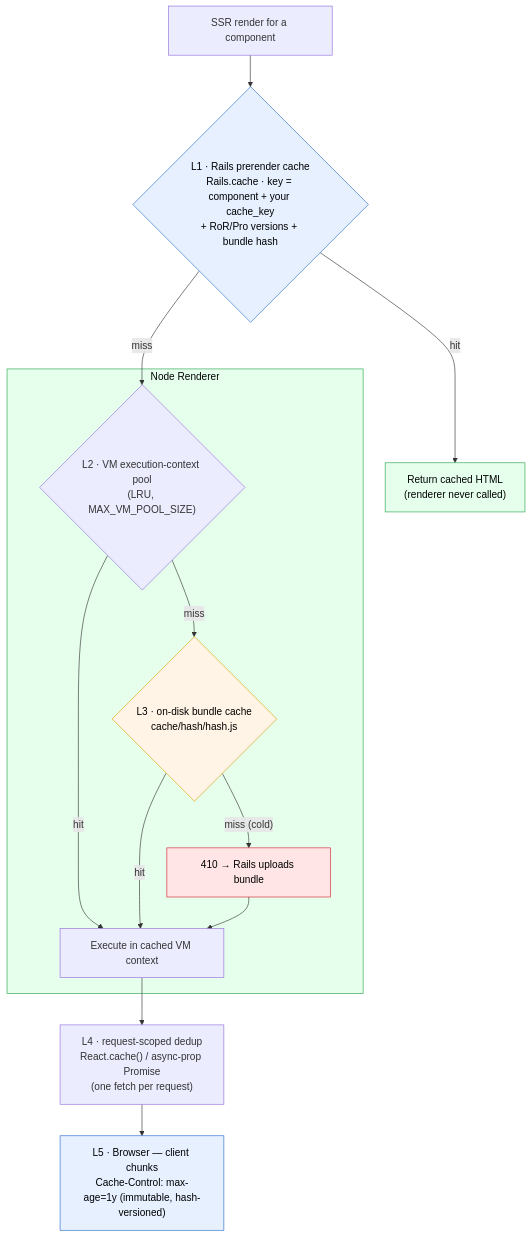
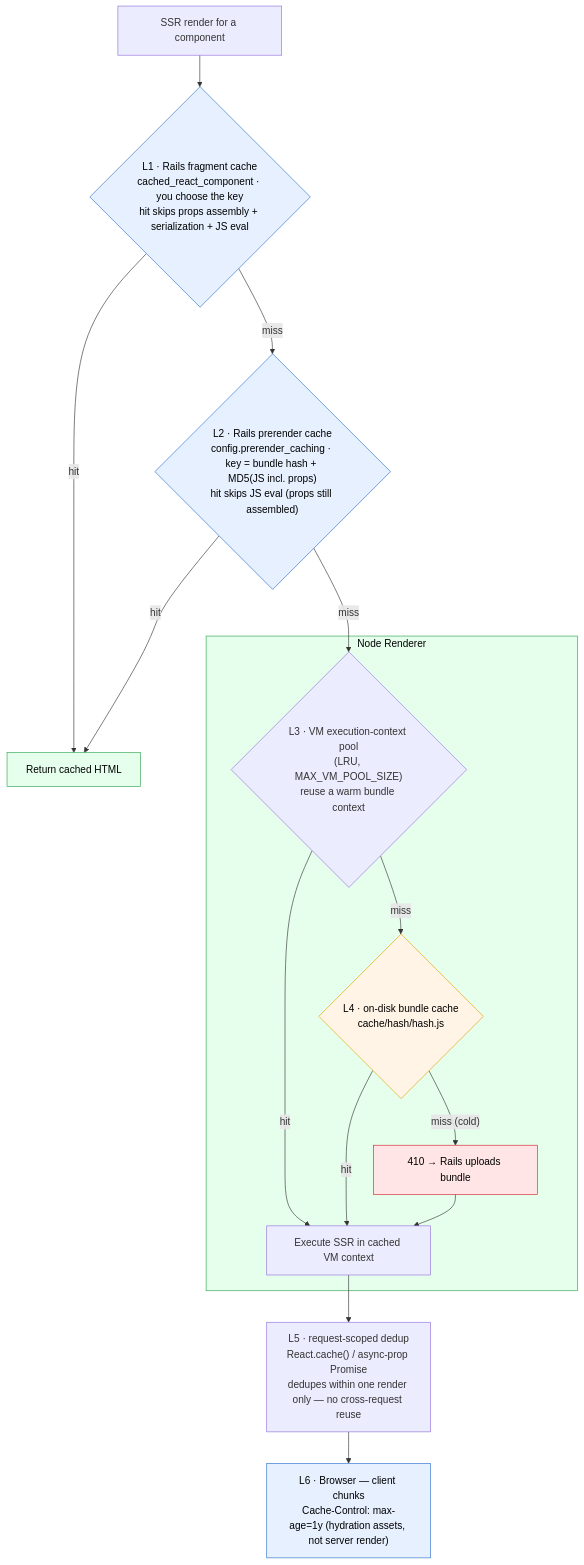
The third of 5 diagrams in docs/pro/node-renderer.md (shakacode/react_on_rails), drawn with Mermaid before and after one commit. The commit also changed other lines of this file and 1 other file, not shown here.

Commit message:
docs: refine caching + async-props diagrams (review follow-up)
Address review feedback on the diagrams added in this branch:

- Caching diagram: distinguish the two Rails-side caches instead of conflating
  them. Fragment cache (cached_react_component) skips props assembly +
  serialization + JS eval; prerender cache (config.prerender_caching) skips only
  JS eval, since props are still assembled. Matches
  docs/oss/building-features/caching.md.
- Async-props diagram: name getReactOnRailsAsyncProp, show the browser request
  and the per-request sharedExecutionContext, and note that endStream rejects
  any unresolved props (handleIncrementalRenderRequest.ts).
- Add a contrast "direct fetch from the renderer" sequence, clearly marked as the
  discouraged alternative, with the VM-globals and no-auth-forwarding caveats.
- Link "RSC data fetching patterns" from the Node Renderer page Further Reading.

````diff
--- a/docs/pro/node-renderer.md
+++ b/docs/pro/node-renderer.md
@@ -101,22 +101,25 @@
 ```mermaid
 flowchart TB
-    Req["SSR render for a component"] --> L1{"L1 · Rails prerender cache<br/>Rails.cache · key = component + your cache_key<br/>+ RoR/Pro versions + bundle hash"}
-    L1 -- "hit" --> Done["Return cached HTML<br/>(renderer never called)"]
-    L1 -- "miss" --> L2
+    Req["SSR render for a component"] --> L1{"L1 · Rails fragment cache<br/>cached_react_component · you choose the key<br/>hit skips props assembly + serialization + JS eval"}
+    L1 -- "hit" --> Done["Return cached HTML"]
+    L1 -- "miss" --> L2{"L2 · Rails prerender cache<br/>config.prerender_caching · key = bundle hash + MD5(JS incl. props)<br/>hit skips JS eval (props still assembled)"}
+    L2 -- "hit" --> Done
+    L2 -- "miss" --> L3
     subgraph Renderer["Node Renderer"]
-        L2{"L2 · VM execution-context pool<br/>(LRU, MAX_VM_POOL_SIZE)"}
-        L2 -- "hit" --> Exec["Execute in cached VM context"]
-        L2 -- "miss" --> L3{"L3 · on-disk bundle cache<br/>cache/hash/hash.js"}
-        L3 -- "hit" --> Exec
-        L3 -- "miss (cold)" --> Upload["410 → Rails uploads bundle"]
+        L3{"L3 · VM execution-context pool<br/>(LRU, MAX_VM_POOL_SIZE)<br/>reuse a warm bundle context"}
+        L3 -- "hit" --> Exec["Execute SSR in cached VM context"]
+        L3 -- "miss" --> L4{"L4 · on-disk bundle cache<br/>cache/hash/hash.js"}
+        L4 -- "hit" --> Exec
+        L4 -- "miss (cold)" --> Upload["410 → Rails uploads bundle"]
         Upload --> Exec
     end
-    Exec --> L4["L4 · request-scoped dedup<br/>React.cache() / async-prop Promise<br/>(one fetch per request)"]
-    L4 --> Browser["L5 · Browser — client chunks<br/>Cache-Control: max-age=1y (immutable, hash-versioned)"]
+    Exec --> L5["L5 · request-scoped dedup<br/>React.cache() / async-prop Promise<br/>dedupes within one render only — no cross-request reuse"]
+    L5 --> Browser["L6 · Browser — client chunks<br/>Cache-Control: max-age=1y (hydration assets, not server render)"]
     style L1 fill:#e6f0ff,stroke:#2c6ecb,color:#000
+    style L2 fill:#e6f0ff,stroke:#2c6ecb,color:#000
     style Done fill:#e6ffed,stroke:#2da44e,color:#000
     style Renderer fill:#e6ffed,stroke:#2da44e,color:#000
-    style L3 fill:#fff4e5,stroke:#e0a000,color:#000
+    style L4 fill:#fff4e5,stroke:#e0a000,color:#000
     style Upload fill:#ffe5e5,stroke:#d1242f,color:#000
     style Browser fill:#e6f0ff,stroke:#2c6ecb,color:#000
 ```
````
